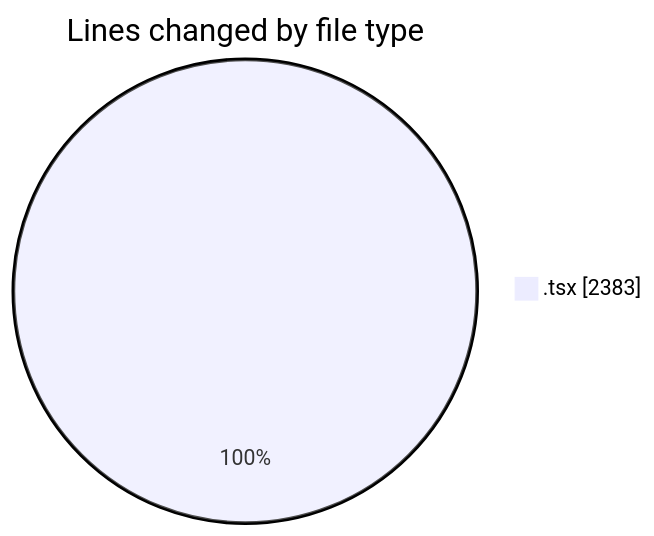
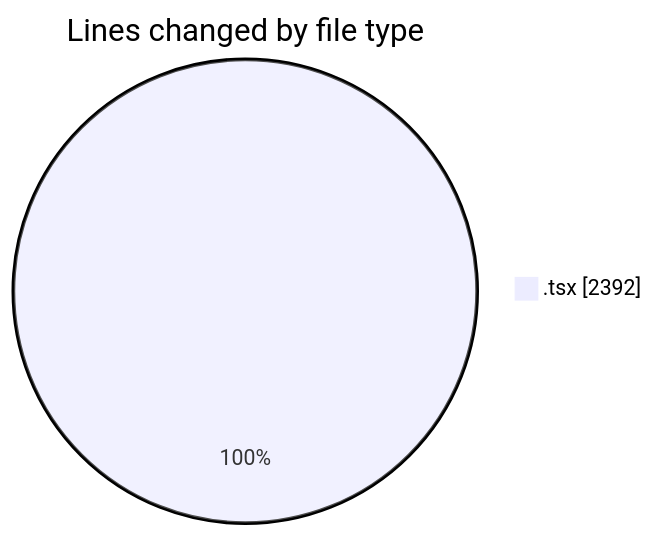
The first of 2 diagrams in 2026-06-24/nxtqube_webapp/README.md (nxtqubesakshisongat/code-tracking), drawn with Mermaid before and after one commit. The commit also changed other lines of this file and 1 other file, not shown here.

````diff
--- a/2026-06-24/nxtqube_webapp/README.md
+++ b/2026-06-24/nxtqube_webapp/README.md
@@ -22,5 +22,5 @@
 ```mermaid
 pie showData
 title Lines changed by file type
-".tsx" : 2383
+".tsx" : 2392
 ```
````
